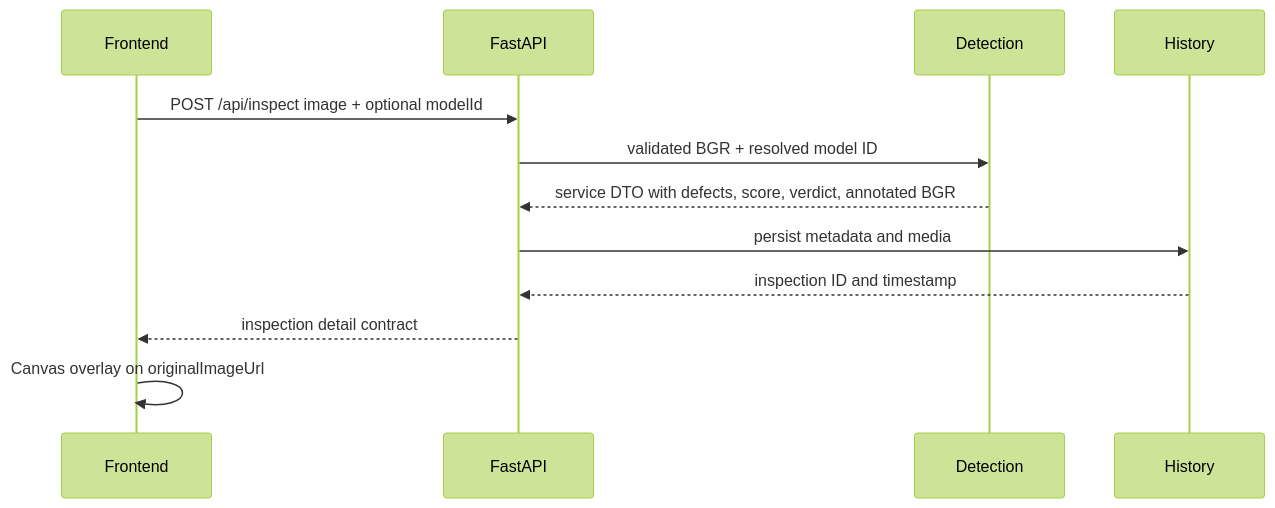
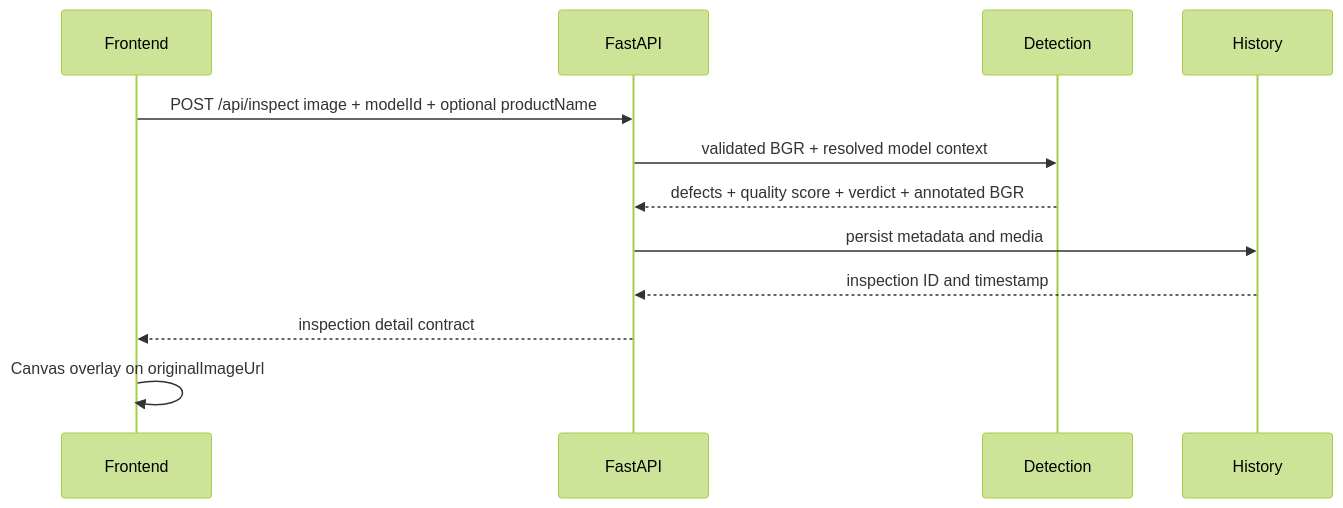
One commit to legion2440/inspect-vision changed the second of 2 diagrams in ARCHITECTURE.md. Above: the diagram before and after it, drawn with Mermaid (forest theme). The commit also changed other lines of this file, not shown here.

Commit message:
docs: align architecture with guided general model

````diff
--- a/ARCHITECTURE.md
+++ b/ARCHITECTURE.md
@@ -156,14 +139,14 @@
 ```mermaid
 sequenceDiagram
     participant UI as Frontend
     participant API as FastAPI
     participant CV as Detection
     participant DB as History
-    UI->>API: POST /api/inspect image + optional modelId
-    API->>CV: validated BGR + resolved model ID
-    CV-->>API: service DTO with defects, score, verdict, annotated BGR
+    UI->>API: POST /api/inspect image + modelId + optional productName
+    API->>CV: validated BGR + resolved model context
+    CV-->>API: defects + quality score + verdict + annotated BGR
     API->>DB: persist metadata and media
     DB-->>API: inspection ID and timestamp
     API-->>UI: inspection detail contract
     UI->>UI: Canvas overlay on originalImageUrl
 ```
````
